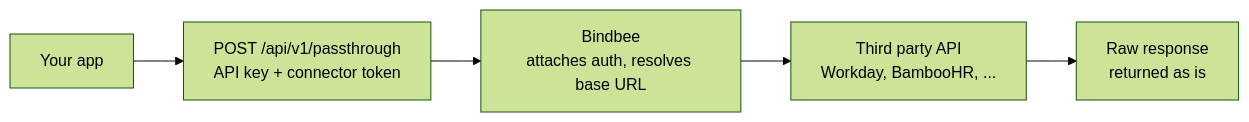
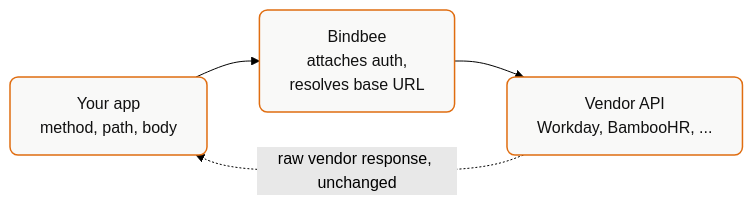
One commit to kaval1810/bindbee-docs-test changed the diagram in guides/extending/passthrough.mdx. Above: the diagram before and after it, drawn with Mermaid (forest theme). The commit also changed other lines of this file and 12 other files, not shown here.

````diff
--- a/guides/extending/passthrough.mdx
+++ b/guides/extending/passthrough.mdx
@@ -12,7 +12,9 @@
 ```mermaid
 flowchart LR
-    A["Your app"] --> B["POST /api/v1/passthrough<br/>API key + connector token"]
-    B --> C["Bindbee<br/>attaches auth, resolves base URL"]
-    C --> D["Third party API<br/>Workday, BambooHR, ..."]
-    D --> E["Raw response<br/>returned as is"]
+    A["Your app<br/>method, path, body"] --> B["Bindbee<br/>attaches auth,<br/>resolves base URL"]
+    B --> C["Vendor API<br/>Workday, BambooHR, ..."]
+    C -.->|raw vendor response, unchanged| A
+
+    classDef node fill:#F9F9F8,stroke:#E06D10,stroke-width:1.5px,color:#111,rx:8,ry:8
+    class A,B,C node
 ```
````
